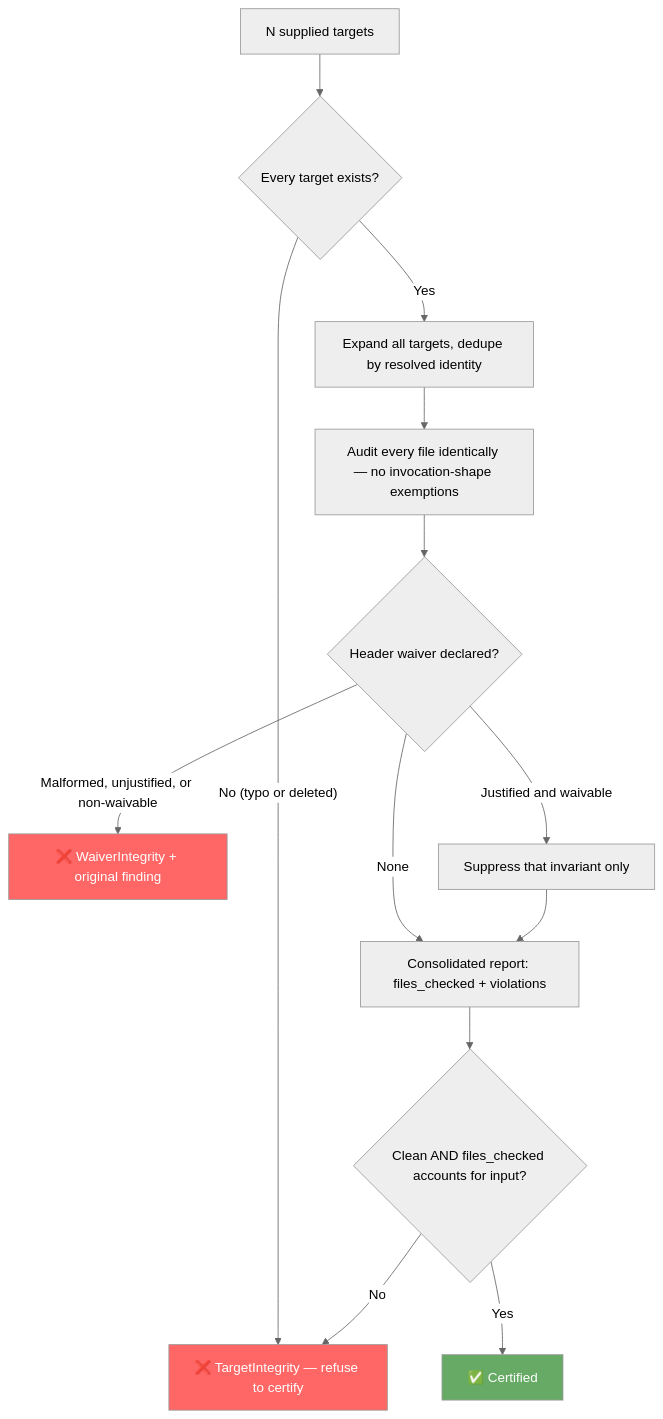
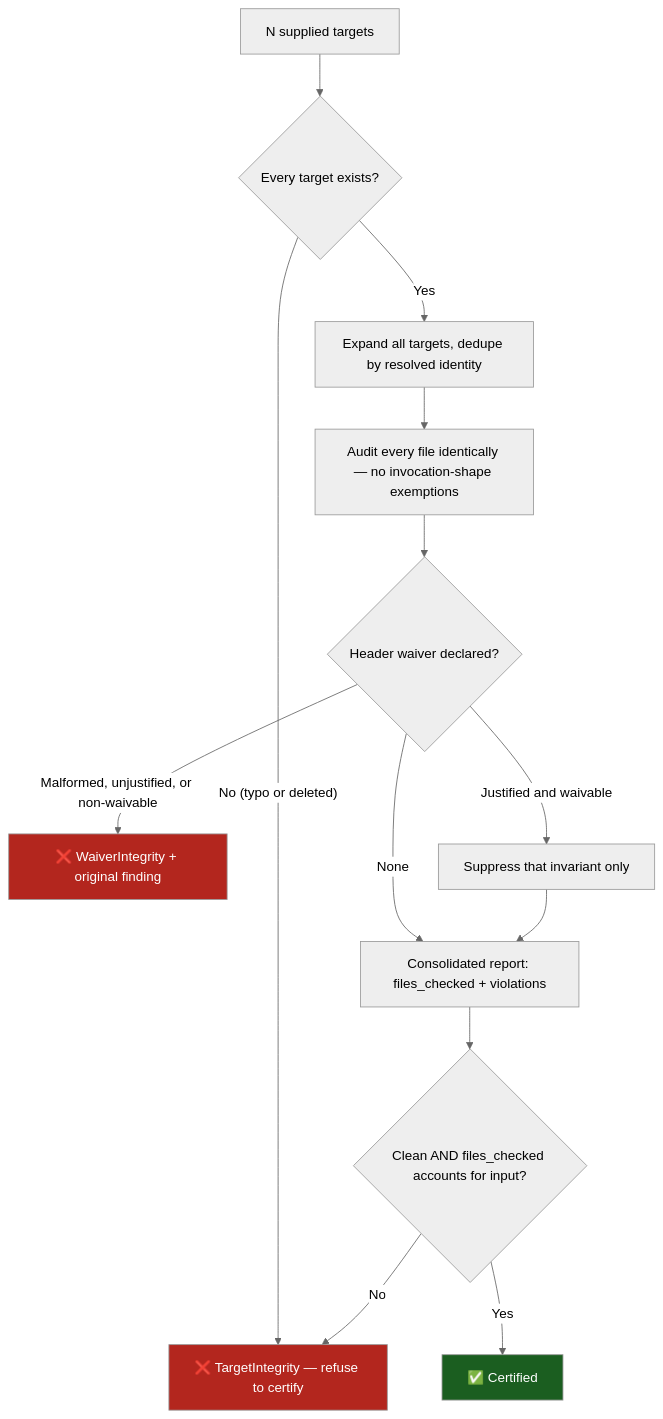
Before and after one commit to dan-petty/vibes: the diagram in patterns/gate-integrity-and-total-input-coverage.md, drawn with Mermaid (neutral theme). The commit also changed 21 other files, not shown here.

````diff
--- a/patterns/gate-integrity-and-total-input-coverage.md
+++ b/patterns/gate-integrity-and-total-input-coverage.md
@@ -36,19 +36,19 @@
 ```mermaid
 flowchart TD
     Input["N supplied targets"] --> Exists{"Every target exists?"}
     Exists -->|"No (typo or deleted)"| Fail["❌ TargetIntegrity — refuse to certify"]
     Exists -->|"Yes"| Expand["Expand all targets, dedupe by resolved identity"]
     Expand --> Uniform["Audit every file identically — no invocation-shape exemptions"]
     Uniform --> Waiver{"Header waiver declared?"}
     Waiver -->|"Malformed, unjustified, or non-waivable"| BothFail["❌ WaiverIntegrity + original finding"]
     Waiver -->|"Justified and waivable"| Suppress["Suppress that invariant only"]
     Waiver -->|"None"| Report
     Suppress --> Report["Consolidated report: files_checked + violations"]
     Report --> Verdict{"Clean AND files_checked accounts for input?"}
     Verdict -->|"Yes"| Pass["✅ Certified"]
     Verdict -->|"No"| Fail
 
-    style Pass fill:#6a6,color:#fff
-    style Fail fill:#f66,color:#fff
-    style BothFail fill:#f66,color:#fff
+    style Pass fill:#1b5e20,color:#fff
+    style Fail fill:#b3261e,color:#fff
+    style BothFail fill:#b3261e,color:#fff
 ```
````
